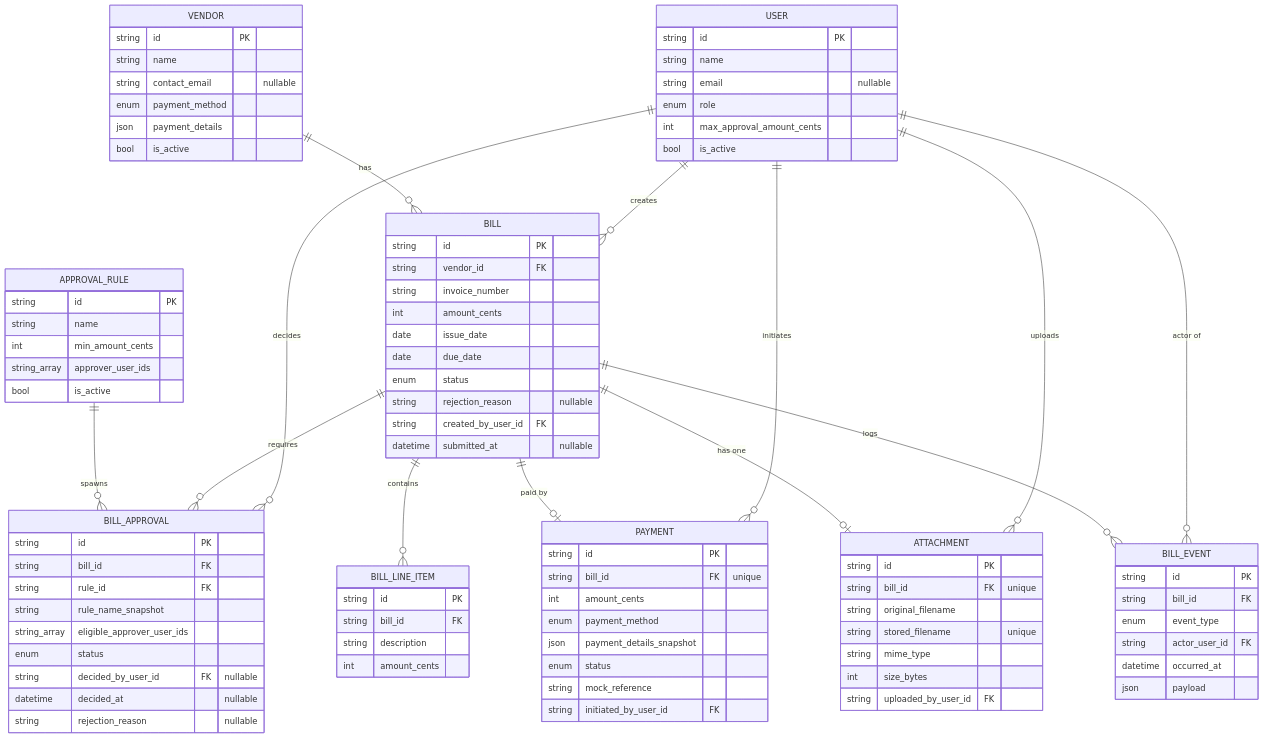
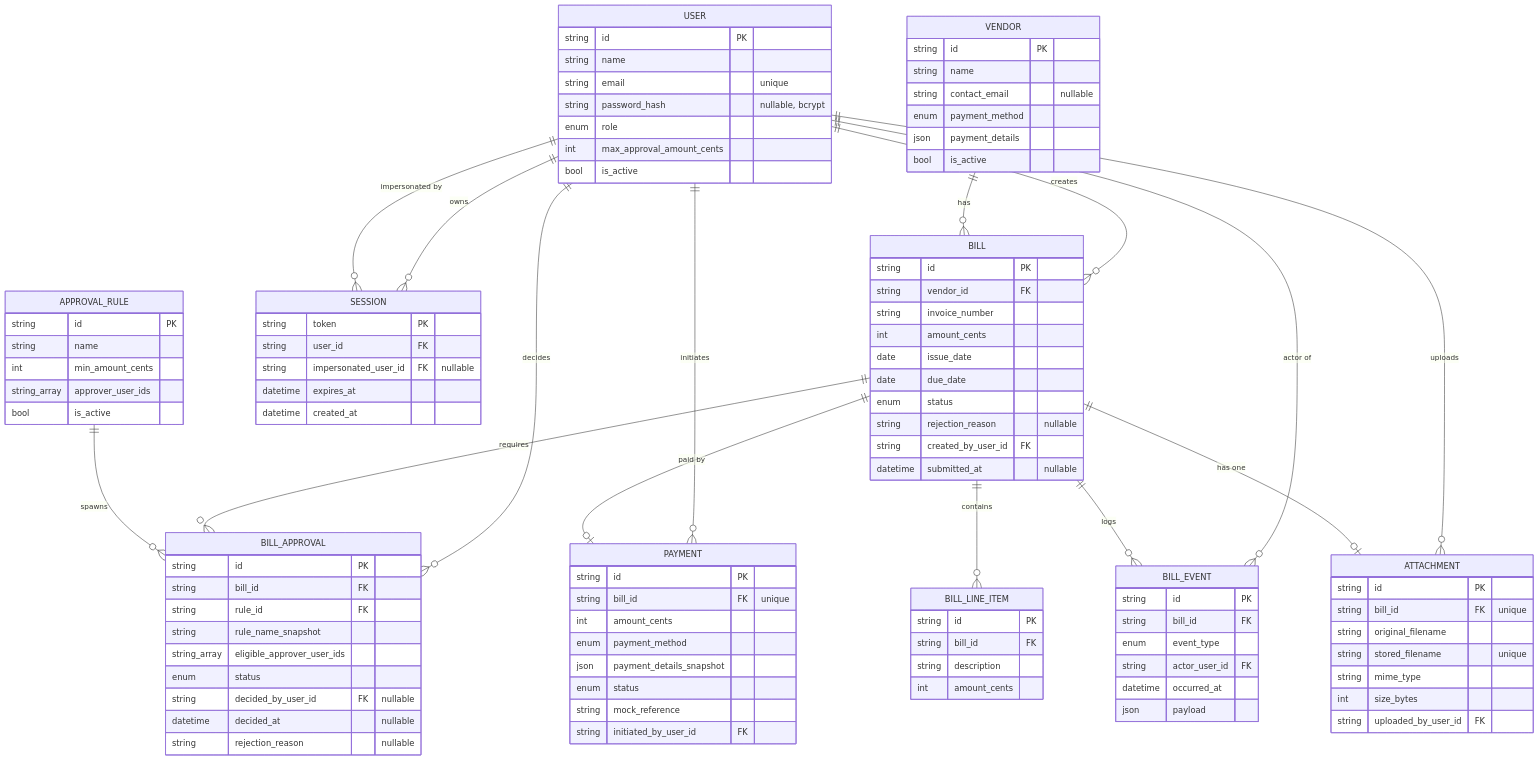
The second of 13 diagrams in docs/specs/bill-pay-mvp.md (devmates-io/trashlab-challenge), drawn with Mermaid before and after one commit. The commit also changed other lines of this file and 1 other file, not shown here.

```diff
--- a/docs/specs/bill-pay-mvp.md
+++ b/docs/specs/bill-pay-mvp.md
@@ -885,6 +935,8 @@
     USER ||--o{ PAYMENT : "initiates"
     USER ||--o{ BILL_EVENT : "actor of"
     USER ||--o{ ATTACHMENT : "uploads"
+    USER ||--o{ SESSION : "owns"
+    USER ||--o{ SESSION : "impersonated by"
 
     VENDOR ||--o{ BILL : "has"
 
@@ -899,10 +951,19 @@
     USER {
         string id PK
         string name
-        string email "nullable"
+        string email "unique"
+        string password_hash "nullable, bcrypt"
         enum role
         int max_approval_amount_cents
         bool is_active
+    }
+
+    SESSION {
+        string token PK
+        string user_id FK
+        string impersonated_user_id FK "nullable"
+        datetime expires_at
+        datetime created_at
     }
 
     VENDOR {
```
